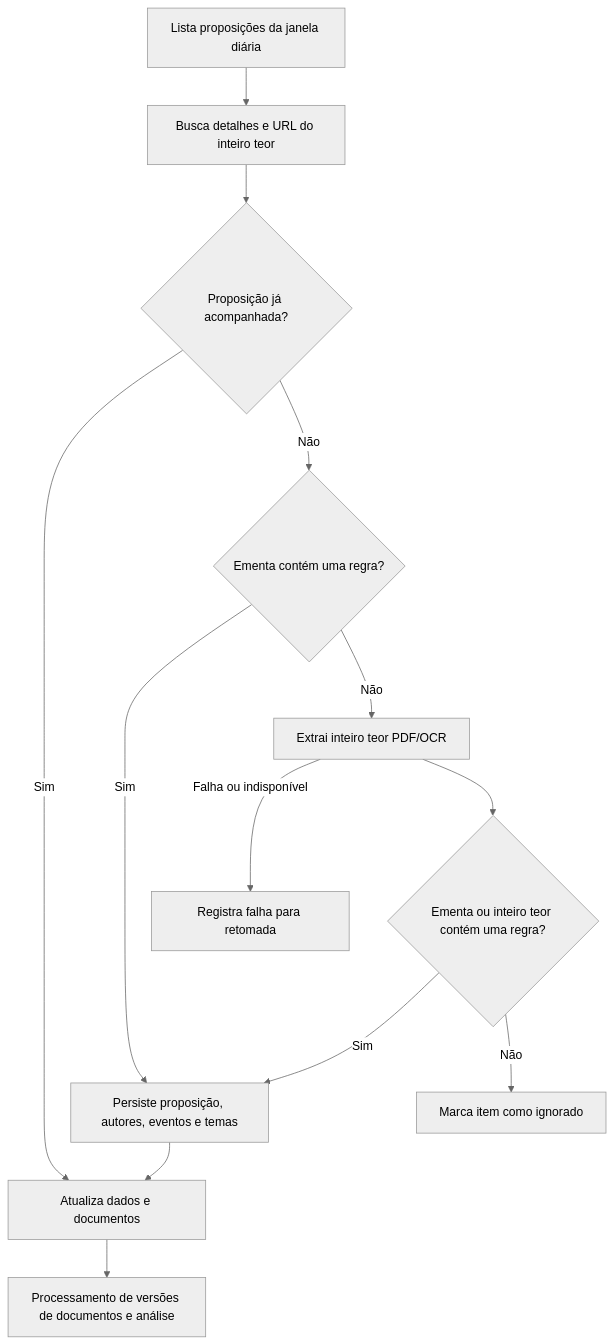
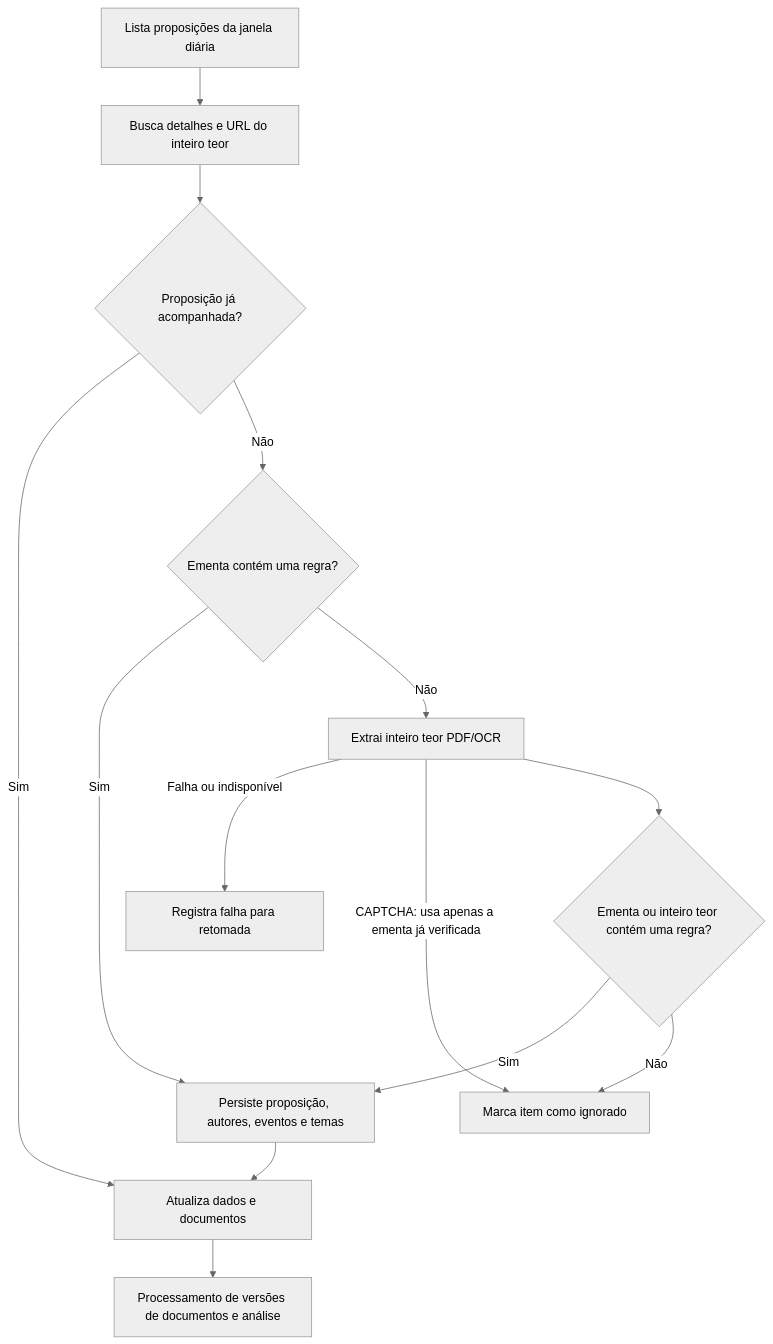
One commit to institutoazmina/elas-no-congresso-api changed the second of 3 diagrams in docs/scrappers.md. Above: the diagram before and after it, drawn with Mermaid (neutral theme). The commit also changed other lines of this file and 4 other files, not shown here.

````diff
--- a/docs/scrappers.md
+++ b/docs/scrappers.md
@@ -79,15 +79,16 @@
 ```mermaid
 flowchart TD
     A[Lista proposições da janela diária] --> B[Busca detalhes e URL do inteiro teor]
     B --> C{Proposição já acompanhada?}
     C -->|Sim| G[Atualiza dados e documentos]
     C -->|Não| D{Ementa contém uma regra?}
     D -->|Sim| F[Persiste proposição, autores, eventos e temas]
     D -->|Não| E[Extrai inteiro teor PDF/OCR]
     E -->|Falha ou indisponível| R[Registra falha para retomada]
+    E -->|CAPTCHA: usa apenas a ementa já verificada| I
     E --> H{Ementa ou inteiro teor contém uma regra?}
     H -->|Sim| F
     H -->|Não| I[Marca item como ignorado]
     F --> G
     G --> J[Processamento de versões de documentos e análise]
 ```
````
